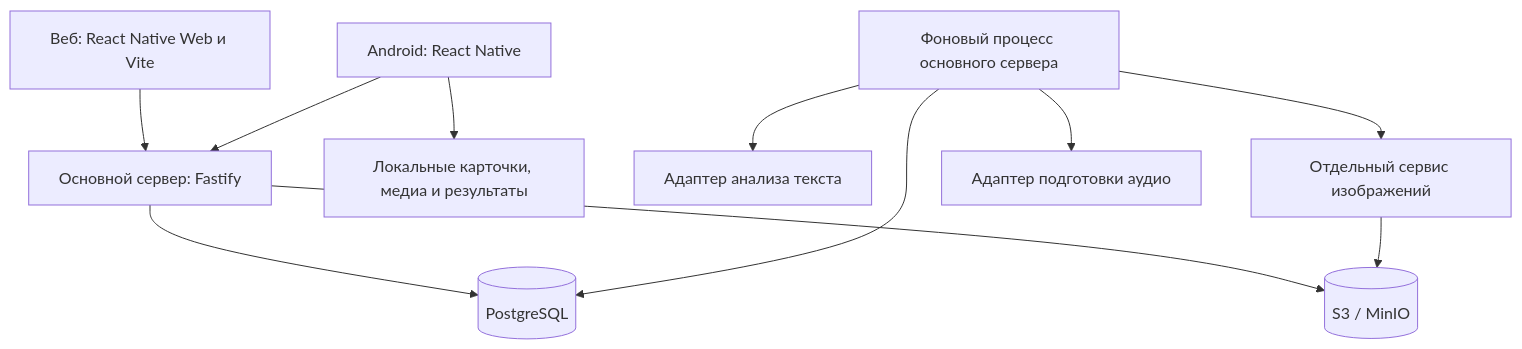
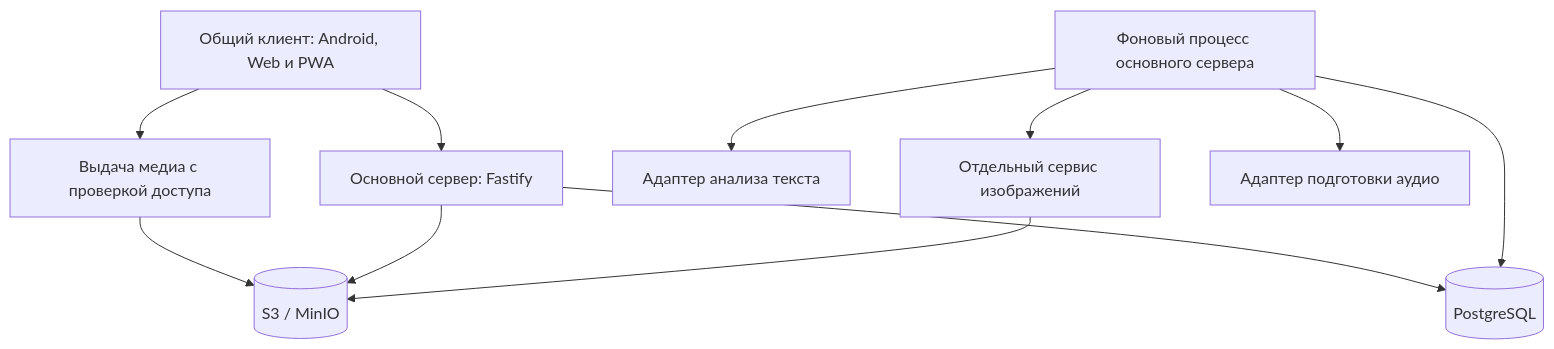
One commit to flairgc/kompotik changed the diagram in doc/architecture.md. Above: the diagram before and after it, drawn with Mermaid. The commit also changed other lines of this file, not shown here.

Commit message:
docs: describe initial Kompotik architecture v2

````diff
--- a/doc/architecture.md
+++ b/doc/architecture.md
@@ -39,13 +39,13 @@
 ```mermaid
 flowchart TD
-    Web[Веб: React Native Web и Vite] --> API[Основной сервер: Fastify]
-    Android[Android: React Native] --> API
-    Android --> Local[Локальные карточки, медиа и результаты]
+    Client[Общий клиент: Android, Web и PWA] --> API[Основной сервер: Fastify]
+    Client --> Media[Выдача медиа с проверкой доступа]
+    Media --> S3[(S3 / MinIO)]
     API --> DB[(PostgreSQL)]
     API --> S3[(S3 / MinIO)]
     Worker[Фоновый процесс основного сервера] --> DB
     Worker --> NLP[Адаптер анализа текста]
     Worker --> Images[Отдельный сервис изображений]
     Images --> S3
     Worker --> Audio[Адаптер подготовки аудио]
 ```
````
